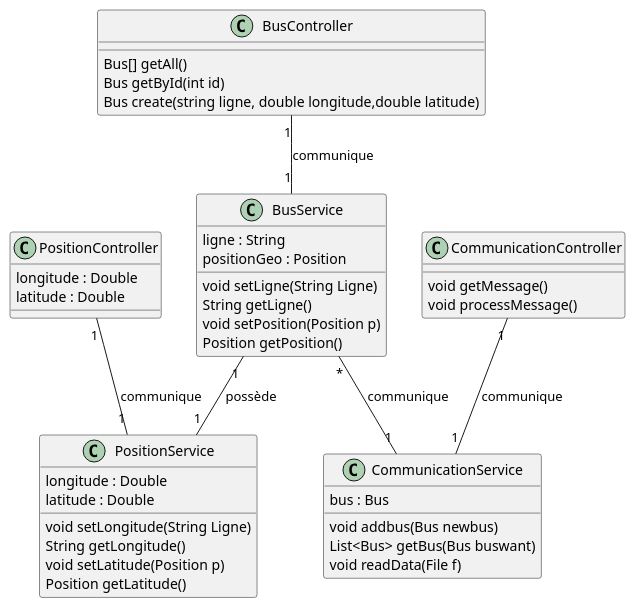
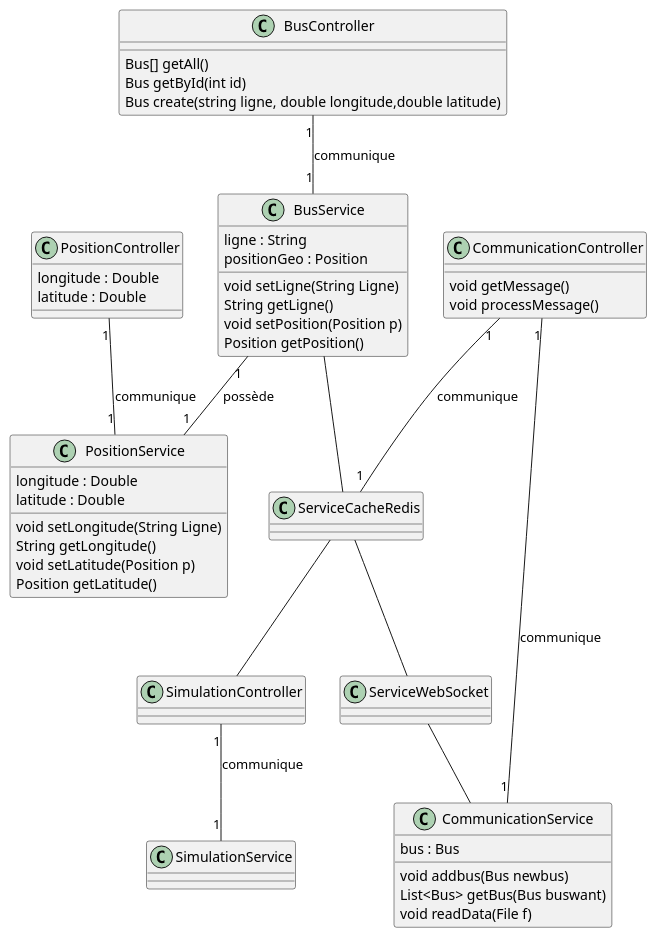
Before and after one commit to ESIR2-PROJET-KEOLIS/design: the diagram in sprint0/backend/ClassDiagrammBackend.puml, drawn with PlantUML.

Commit message:
ajout du diagramme de classe extend

```diff
--- a/sprint0/backend/ClassDiagrammBackend.puml
+++ b/sprint0/backend/ClassDiagrammBackend.puml
@@ -1,52 +1,82 @@
 @startuml
 class BusController {
   
   Bus[] getAll()
   Bus getById(int id)
   Bus create(string ligne, double longitude,double latitude)
 }
 
 class BusService {
   ligne : String
   positionGeo : Position
   void setLigne(String Ligne)
   String getLigne()
   void setPosition(Position p)
   Position getPosition()
 }
 
+BusController "1" -- "1" BusService : communique
+
 class PositionController {
    longitude : Double
    latitude : Double
 
 }
 
 class PositionService {
    longitude : Double
    latitude : Double
    void setLongitude(String Ligne)
    String getLongitude()
    void setLatitude(Position p)
    Position getLatitude()
 }
 
+PositionController "1" -- "1" PositionService : communique
+
+
 class CommunicationController {
   void getMessage()
   void processMessage()
 }
 
 class CommunicationService {
    bus : Bus
    void addbus(Bus newbus)
    List<Bus> getBus(Bus buswant)
    void readData(File f)
 }
 
-BusController "1" -- "1" BusService : communique
-PositionController "1" -- "1" PositionService : communique
 CommunicationController "1" -- "1" CommunicationService : communique
 
 
+class SimulationController{
+
+}
+
+class SimulationService{
+
+}
+
+SimulationController "1" -- "1" SimulationService : communique
+
+
+class ServiceWebSocket{
+
+}
+
+class ServiceCacheRedis{
+  
+}
+
+CommunicationController "1" -- "1" ServiceCacheRedis : communique
+
+
+
+ServiceCacheRedis -- ServiceWebSocket
+
 BusService "1" -- "1" PositionService : possède
-BusService "*" -- "1" CommunicationService : communique
+ServiceCacheRedis -- SimulationController
+BusService -- ServiceCacheRedis
+ServiceWebSocket -- CommunicationService
 @enduml
```
